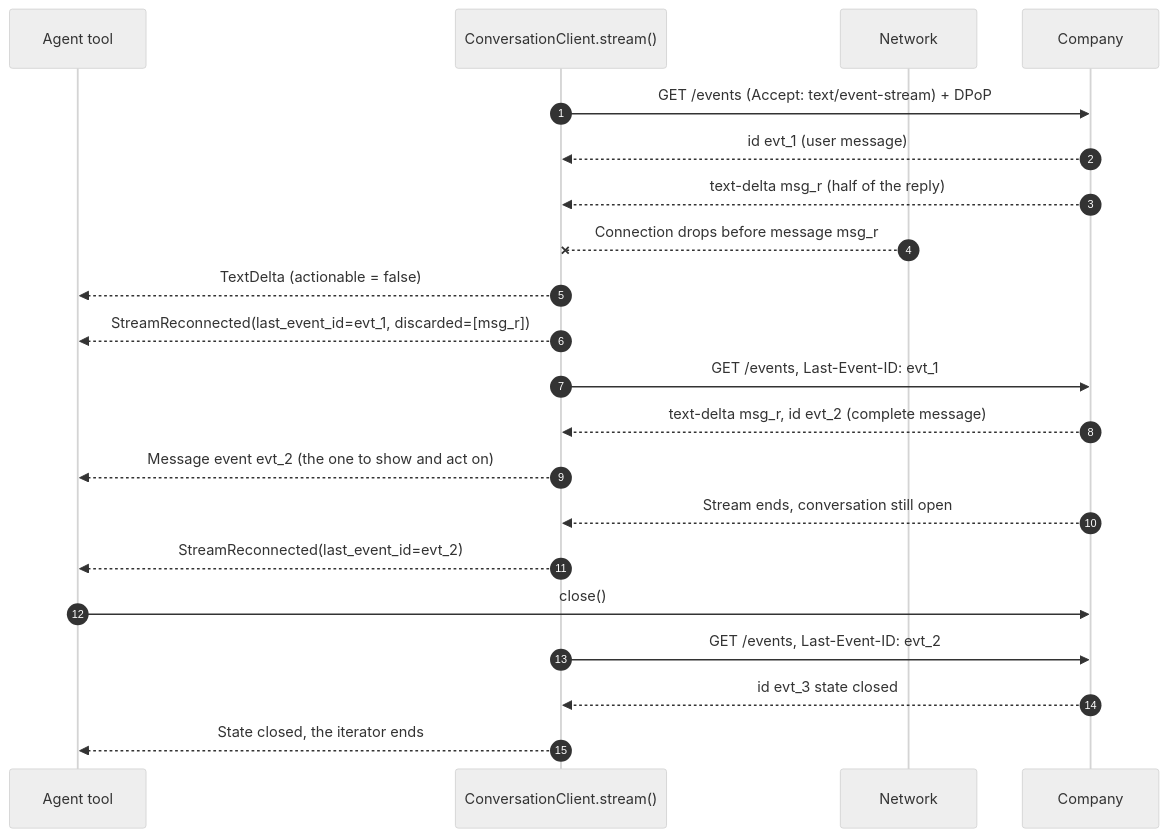
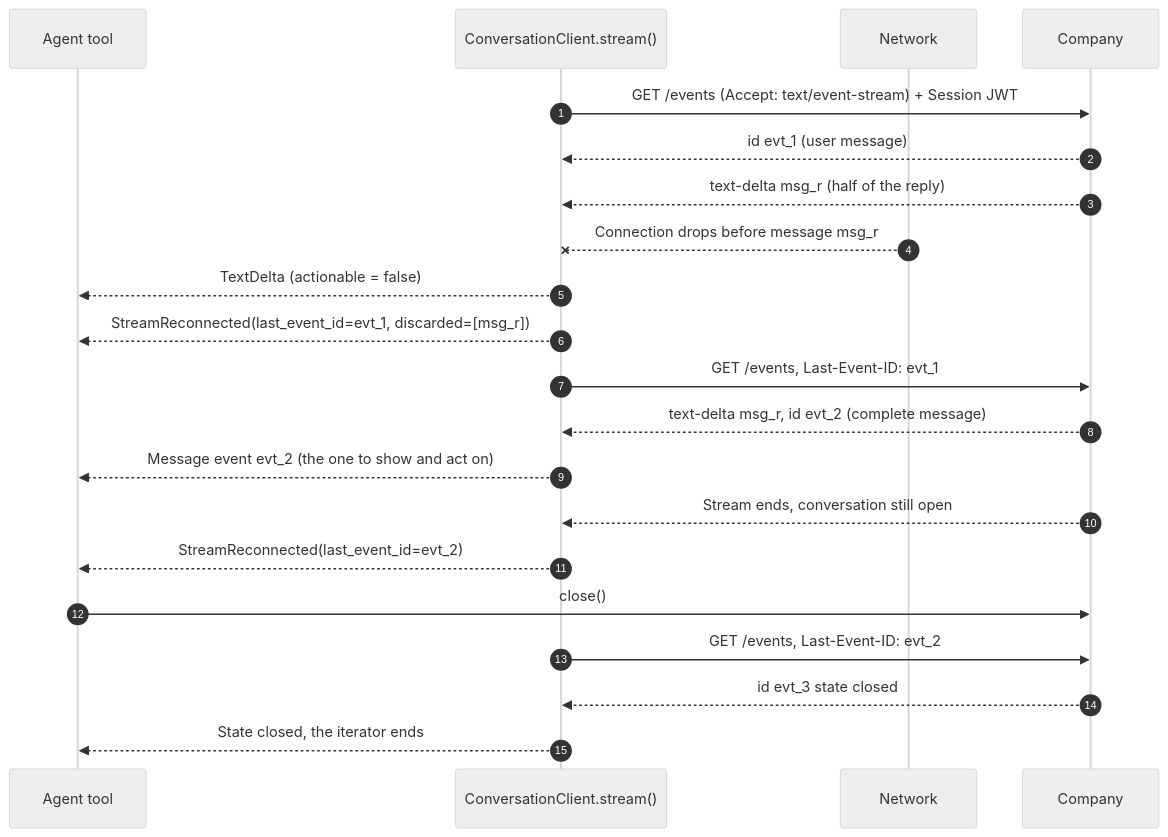
The diagram in docs/docs/examples/conversation-streaming.mdx (datalayer/personal-agent-protocol), drawn with Mermaid (neutral theme) before and after one commit. The commit also changed other lines of this file and 36 other files, not shown here.

Commit message:
Docs: the example pages and decks at draft 0.3, Sessions as a local sid, refresh tokens, the browser join by /authorize and Operations v2, with the session-jwt, session-transport and delegation decks renamed from their old names

````diff
--- a/docs/docs/examples/conversation-streaming.mdx
+++ b/docs/docs/examples/conversation-streaming.mdx
@@ -19,23 +19,23 @@
 ```mermaid
 sequenceDiagram
   autonumber
   participant Tool as Agent tool
   participant SDK as ConversationClient.stream()
   participant Net as Network
   participant Company
-  SDK->>Company: GET /events (Accept: text/event-stream) + DPoP
+  SDK->>Company: GET /events (Accept: text/event-stream) + Session JWT
   Company-->>SDK: id evt_1 (user message)
   Company-->>SDK: text-delta msg_r (half of the reply)
   Net--xSDK: Connection drops before message msg_r
   SDK-->>Tool: TextDelta (actionable = false)
   SDK-->>Tool: StreamReconnected(last_event_id=evt_1, discarded=[msg_r])
   SDK->>Company: GET /events, Last-Event-ID: evt_1
   Company-->>SDK: text-delta msg_r, id evt_2 (complete message)
   SDK-->>Tool: Message event evt_2 (the one to show and act on)
   Company-->>SDK: Stream ends, conversation still open
   SDK-->>Tool: StreamReconnected(last_event_id=evt_2)
   Tool->>Company: close()
   SDK->>Company: GET /events, Last-Event-ID: evt_2
   Company-->>SDK: id evt_3 state closed
   SDK-->>Tool: State closed, the iterator ends
 ```
````
